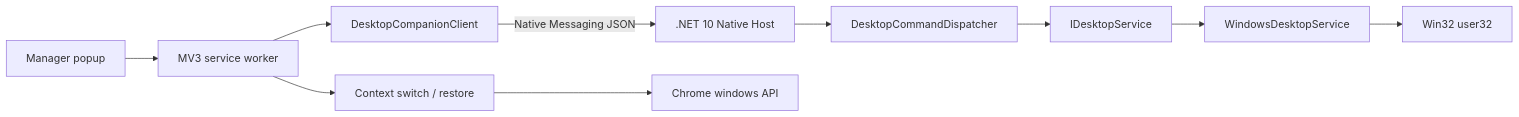
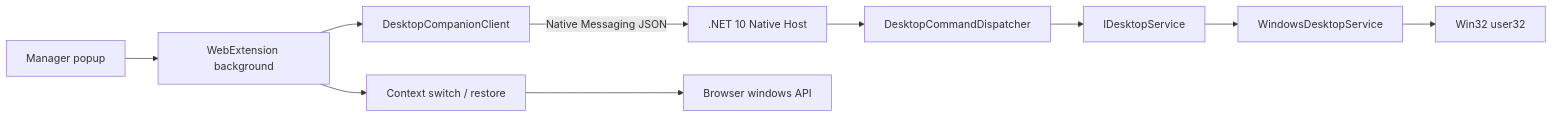
Before and after one commit to g-nogueira/tab-manager-mvp: the first of 2 diagrams in docs/architecture/desktop-focus.md, drawn with Mermaid. The commit also changed other lines of this file, not shown here.

Commit message:
docs: make Desktop Focus architecture browser-neutral

````diff
--- a/docs/architecture/desktop-focus.md
+++ b/docs/architecture/desktop-focus.md
@@ -17,12 +17,12 @@
 ```mermaid
 flowchart LR
-    UI["Manager popup"] --> SW["MV3 service worker"]
-    SW --> Client["DesktopCompanionClient"]
+    UI["Manager popup"] --> BG["WebExtension background"]
+    BG --> Client["DesktopCompanionClient"]
     Client -->|"Native Messaging JSON"| Host[".NET 10 Native Host"]
     Host --> Dispatcher["DesktopCommandDispatcher"]
     Dispatcher --> Service["IDesktopService"]
     Service --> Win["WindowsDesktopService"]
     Win --> Win32["Win32 user32"]
-    SW --> Switch["Context switch / restore"]
-    Switch --> Chrome["Chrome windows API"]
+    BG --> Switch["Context switch / restore"]
+    Switch --> Browser["Browser windows API"]
 ```
````
